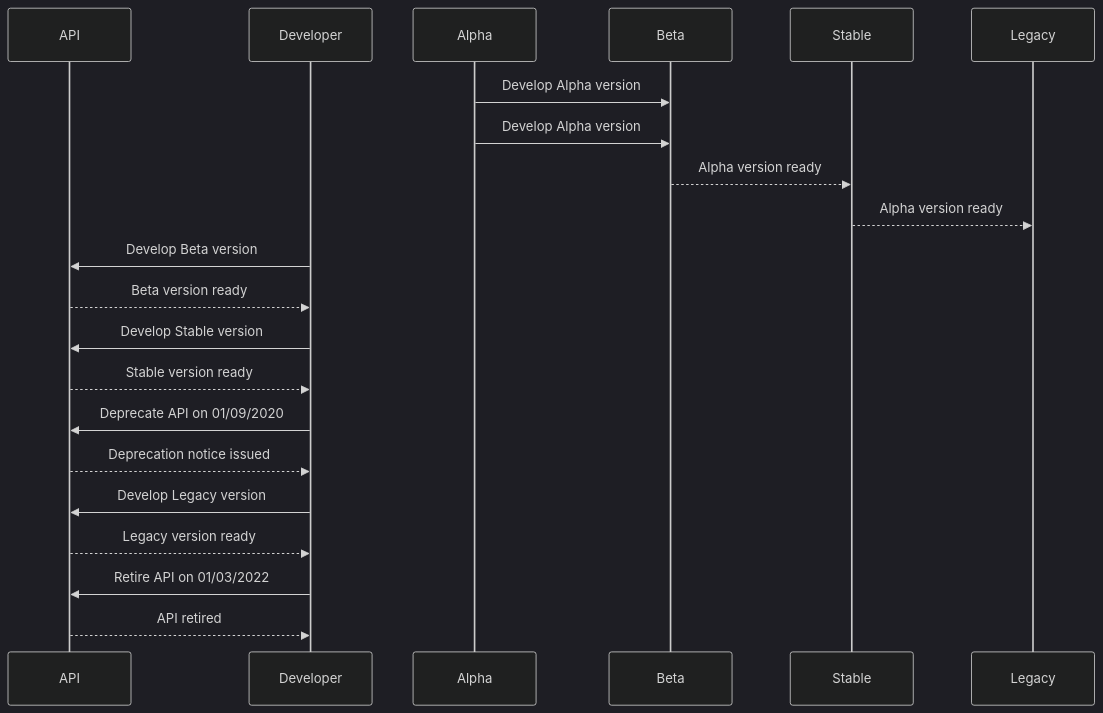
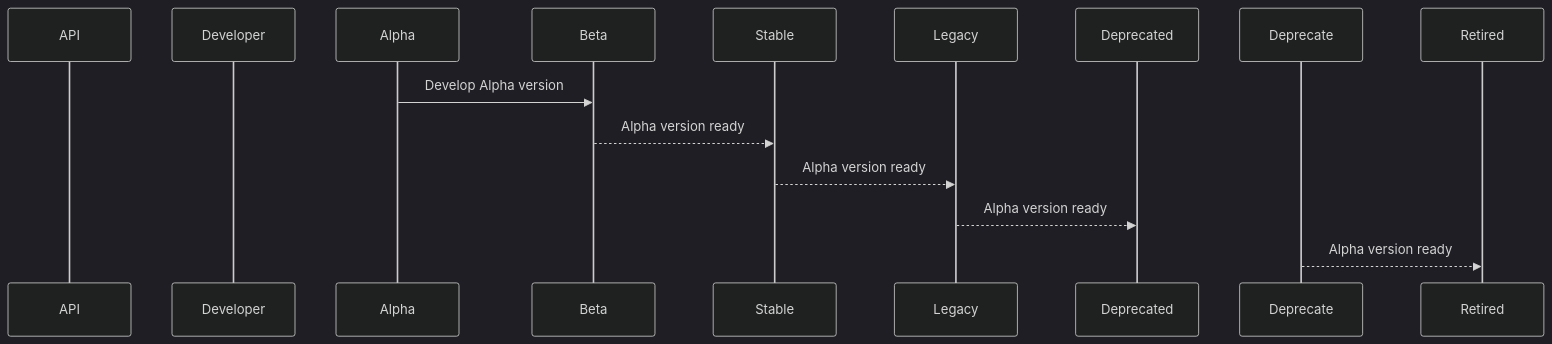
Before and after one commit to Geoff1900/Geoff1900.github.io: the diagram in docs/index.md, drawn with Mermaid (dark theme).

````diff
--- a/docs/index.md
+++ b/docs/index.md
@@ -11,25 +11,11 @@
 ```mermaid
 sequenceDiagram
     participant API
     participant Developer
 
     Alpha->>Beta: Develop Alpha version
-    Alpha->>Beta: Develop Alpha version
     Beta-->>Stable: Alpha version ready
     Stable-->>Legacy: Alpha version ready
-
-    Developer->>API: Develop Beta version
-    API-->>Developer: Beta version ready
-
-    Developer->>API: Develop Stable version
-    API-->>Developer: Stable version ready
-
-    Developer->>API: Deprecate API on 01/09/2020
-    API-->>Developer: Deprecation notice issued
-
-    Developer->>API: Develop Legacy version
-    API-->>Developer: Legacy version ready
-
-    Developer->>API: Retire API on 01/03/2022
-    API-->>Developer: API retired
+    Legacy-->>Deprecated: Alpha version ready
+    Deprecate-->>Retired: Alpha version ready
 ```
````
